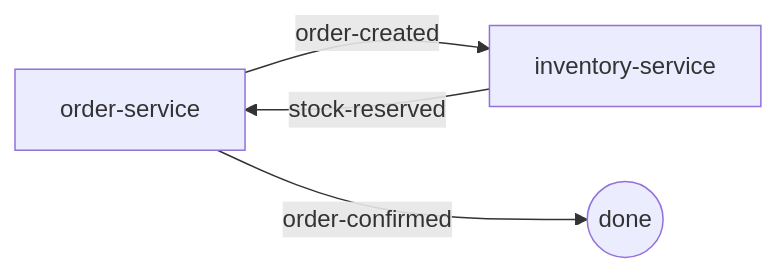
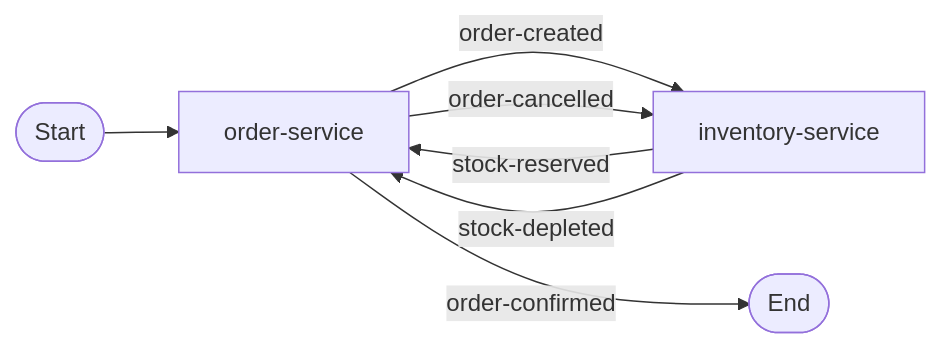
One commit to filozofira/spas changed the diagram in examples/domains/basic-order/README.md. Above: the diagram before and after it, drawn with Mermaid. The commit also changed other lines of this file and 187 other files, not shown here.

First line of the commit message:
Examples/advanced flows (#68)

````diff
--- a/examples/domains/basic-order/README.md
+++ b/examples/domains/basic-order/README.md
@@ -9,6 +3,9 @@
 ```mermaid
 flowchart LR
-    OS[order-service] -->|order-created| IS[inventory-service]
+    Start([Start]) --> OS[order-service]
+    OS -->|order-created| IS[inventory-service]
     IS -->|stock-reserved| OS
-    OS -->|order-confirmed| END((done))
+    IS -->|stock-depleted| OS
+    OS -->|order-cancelled| IS
+    OS -->|order-confirmed| End([End])
 ```
````
